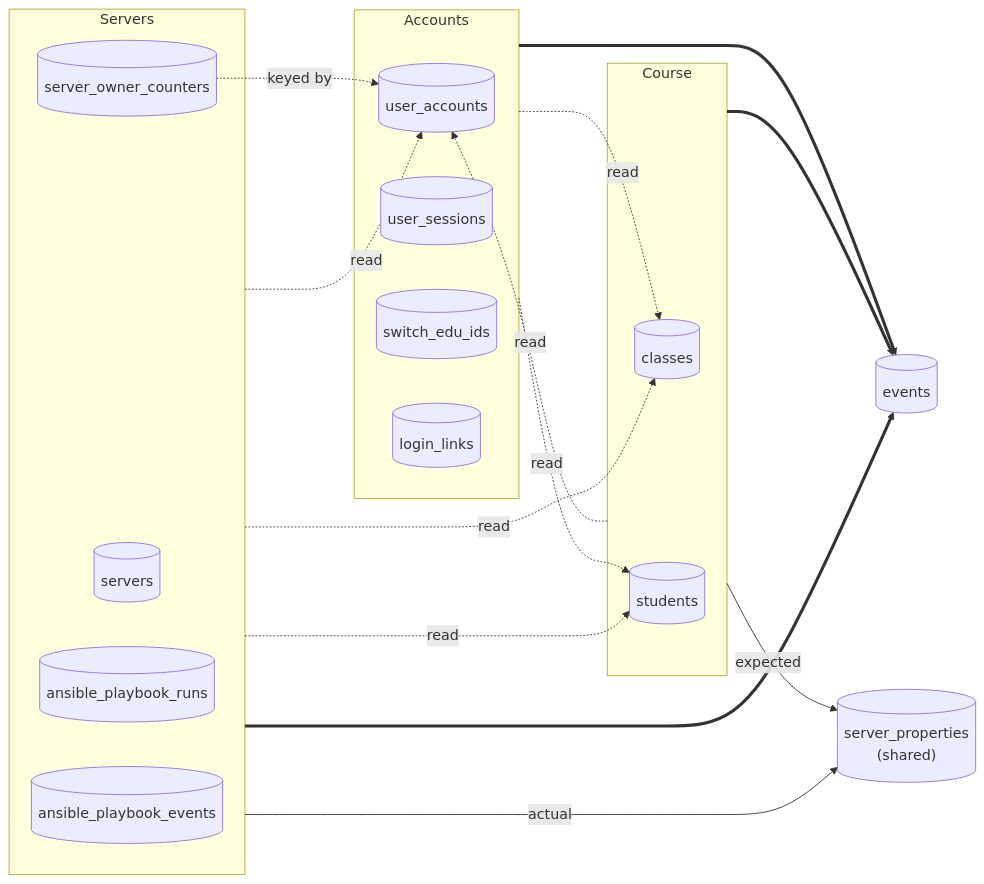
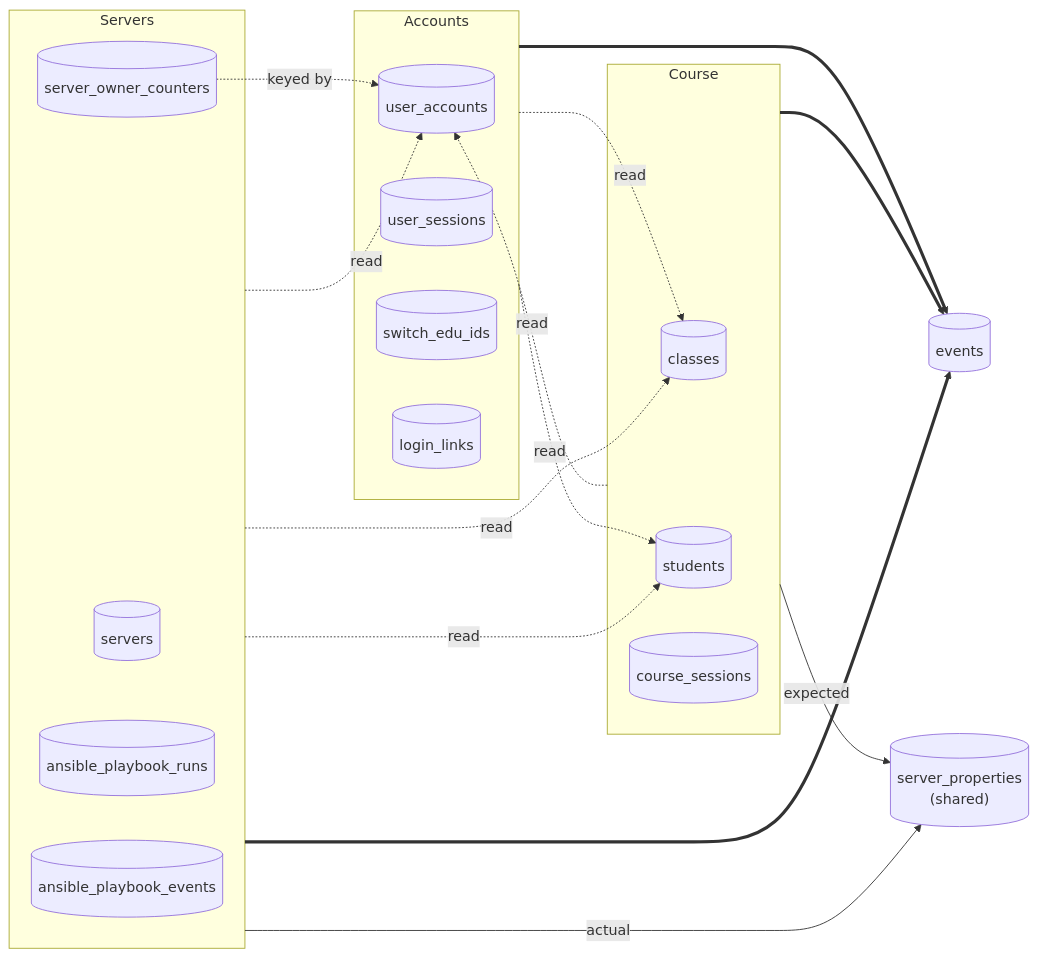
One commit to ArchiDep/website changed the second of 2 diagrams in app/CONTRIBUTING.md. Above: the diagram before and after it, drawn with Mermaid. The commit also changed other lines of this file and 69 other files, not shown here.

````diff
--- a/app/CONTRIBUTING.md
+++ b/app/CONTRIBUTING.md
@@ -432,39 +435,40 @@
 ```mermaid
 flowchart LR
     subgraph accounts["Accounts"]
         ua[("user_accounts")]
         usess[("user_sessions")]
         seid[("switch_edu_ids")]
         ll[("login_links")]
     end
 
     subgraph course["Course"]
         cl[("classes")]
         st[("students")]
+        cs[("course_sessions")]
     end
 
     subgraph servers["Servers"]
         sv[("servers")]
         soc[("server_owner_counters")]
         apr[("ansible_playbook_runs")]
         ape[("ansible_playbook_events")]
     end
 
     sp[("server_properties<br/>(shared)")]
     ev[("events")]
 
     course -. read .-> ua
     servers -. read .-> ua
     soc -. keyed by .-> ua
     accounts -. read .-> cl
     accounts -. read .-> st
     servers -. read .-> cl
     servers -. read .-> st
 
     course -->|expected| sp
     servers -->|actual| sp
 
     accounts ==> ev
     course ==> ev
     servers ==> ev
 ```
````
